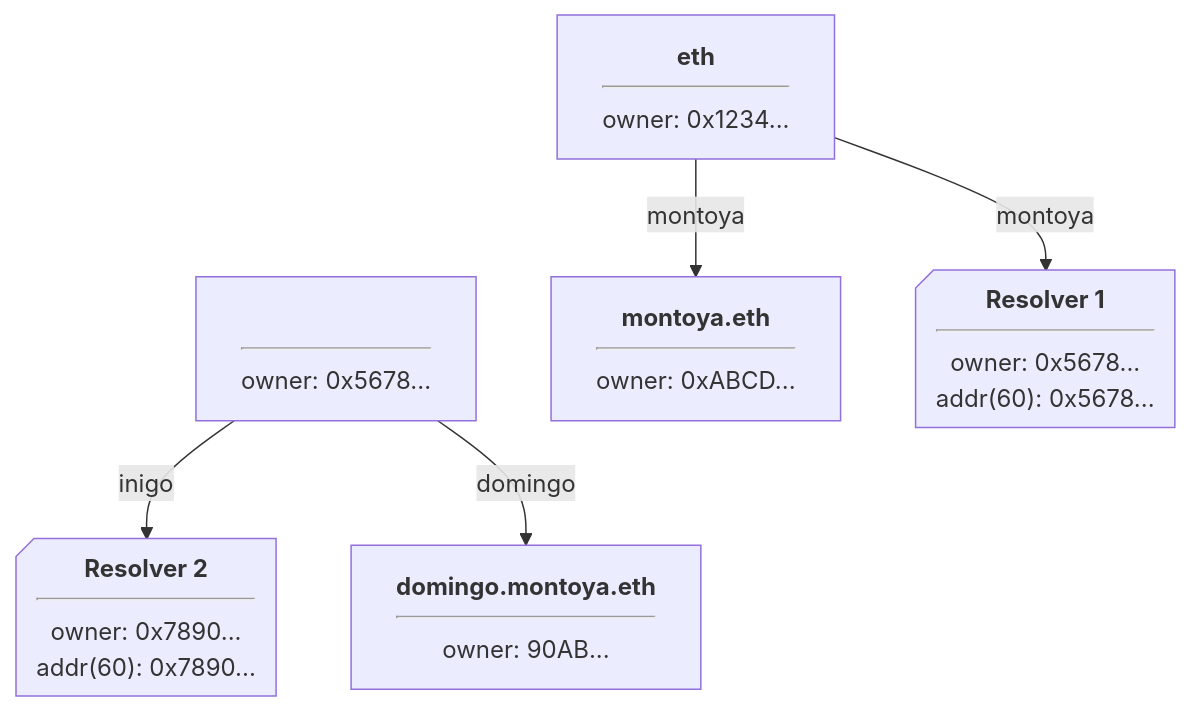
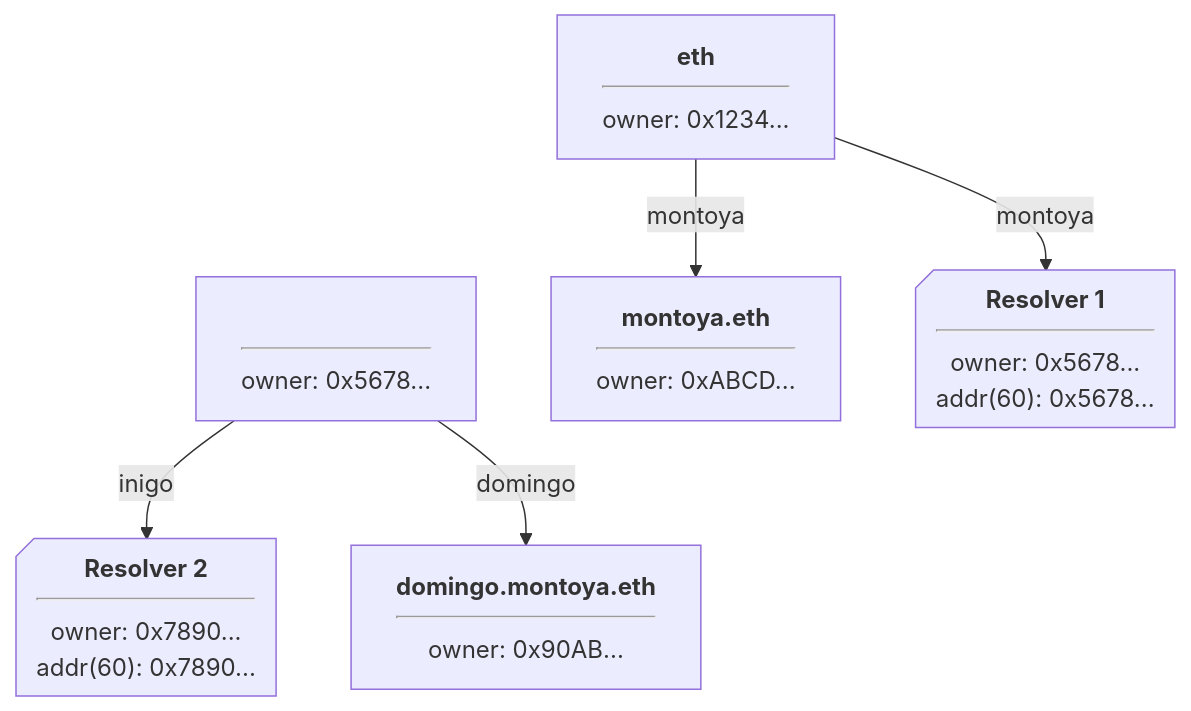
One commit to ensdomains/docs changed the third of 4 diagrams in src/pages/contracts/ensv2/overview.mdx. Above: the diagram before and after it, drawn with Mermaid. The commit also changed other lines of this file, not shown here.

````diff
--- a/src/pages/contracts/ensv2/overview.mdx
+++ b/src/pages/contracts/ensv2/overview.mdx
@@ -113,14 +112,14 @@
 ```mermaid
 flowchart TB
     eth@{label: "<b>eth</b><hr>owner: 0x1234..."}
     montoya@{label: "&nbsp;<hr>owner: 0x5678..."}
     newMontoya@{label: "<b>montoya.eth</b><hr>owner: 0xABCD..."}
     inigo@{label: "<b>Resolver 2</b><hr>owner: 0x7890...<br>addr(60): 0x7890...", shape: notch-rect}
-    domingo@{label: "<b>domingo.montoya.eth</b><hr>owner: 90AB..."}
+    domingo@{label: "<b>domingo.montoya.eth</b><hr>owner: 0x90AB..."}
     montoyaResolver@{label: "<b>Resolver 1</b><hr>owner: 0x5678...<br>addr(60): 0x5678...", shape: notch-rect}
     eth ~~~ montoya
     eth-- montoya --> newMontoya
     eth-- montoya --> montoyaResolver
     montoya-- inigo --> inigo
     montoya-- domingo --> domingo
 ```
````
